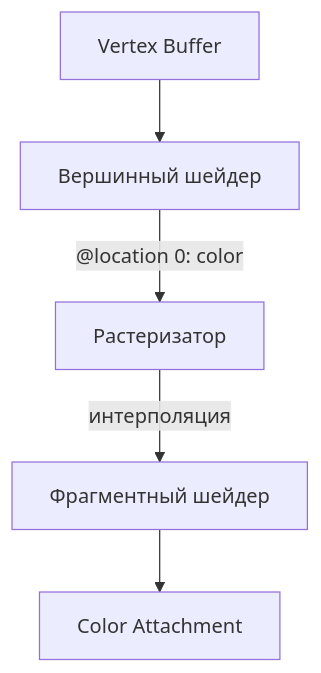
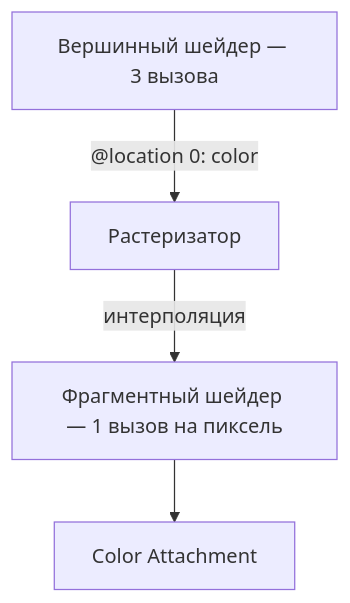
One commit to Bromles/wgpu-tutorial changed the diagram in docs/guide/gpu-data-model/shaders/index.md. Above: the diagram before and after it, drawn with Mermaid. The commit also changed other lines of this file and 27 other files, not shown here.

````diff
--- a/docs/guide/gpu-data-model/shaders/index.md
+++ b/docs/guide/gpu-data-model/shaders/index.md
@@ -163,7 +104,6 @@
 ```mermaid
 flowchart TB
-    VB[Vertex Buffer] --> VS[Вершинный шейдер]
-    VS -->|" @location 0: color "| R[Растеризатор]
-    R -->|" интерполяция "| FS[Фрагментный шейдер]
+    VS["Вершинный шейдер — 3 вызова"] -->|" @location 0: color "| R[Растеризатор]
+    R -->|" интерполяция "| FS["Фрагментный шейдер — 1 вызов на пиксель"]
     FS --> CA[Color Attachment]
 ```
````
